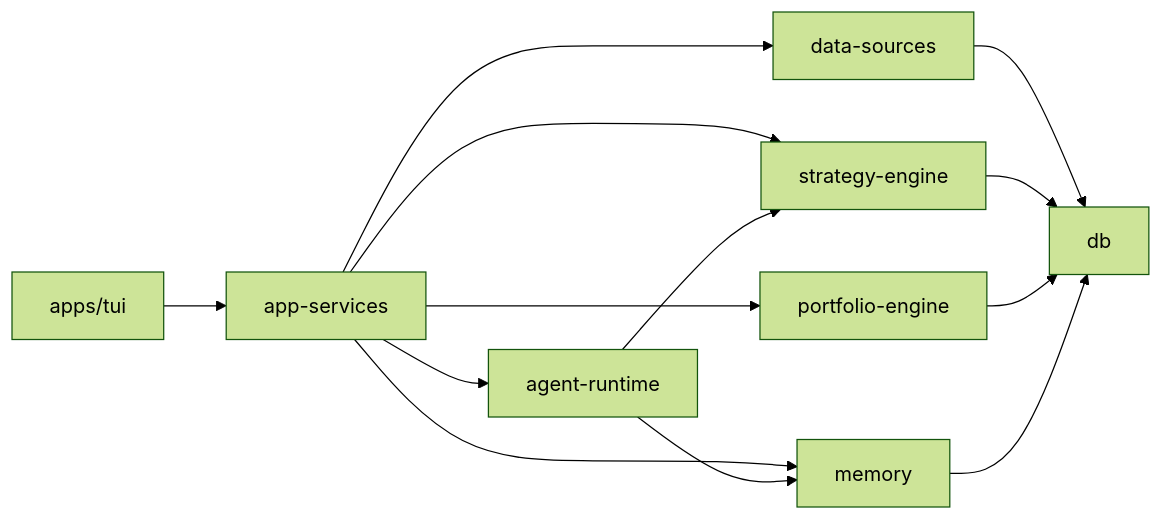
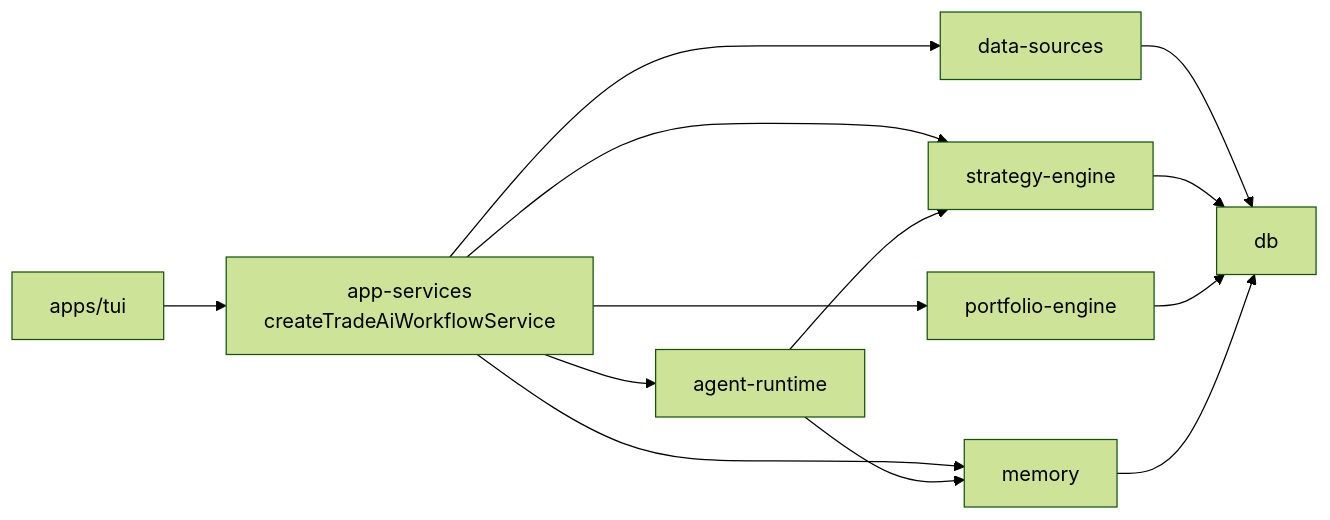
Before and after one commit to decocereus/tradeai: the diagram in docs/service-map.md, drawn with Mermaid (forest theme). The commit also changed other lines of this file and 43 other files, not shown here.

````diff
--- a/docs/service-map.md
+++ b/docs/service-map.md
@@ -21,15 +21,15 @@
 ```mermaid
 flowchart LR
-    TUI["apps/tui"] --> APP["app-services"]
+    TUI["apps/tui"] --> APP["app-services<br/>createTradeAiWorkflowService"]
     APP --> STRAT["strategy-engine"]
     APP --> PORT["portfolio-engine"]
     APP --> MEM["memory"]
     APP --> AGENT["agent-runtime"]
     APP --> SRC["data-sources"]
     SRC --> DB["db"]
     STRAT --> DB
     PORT --> DB
     MEM --> DB
     AGENT --> MEM
     AGENT --> STRAT
 ```
````
